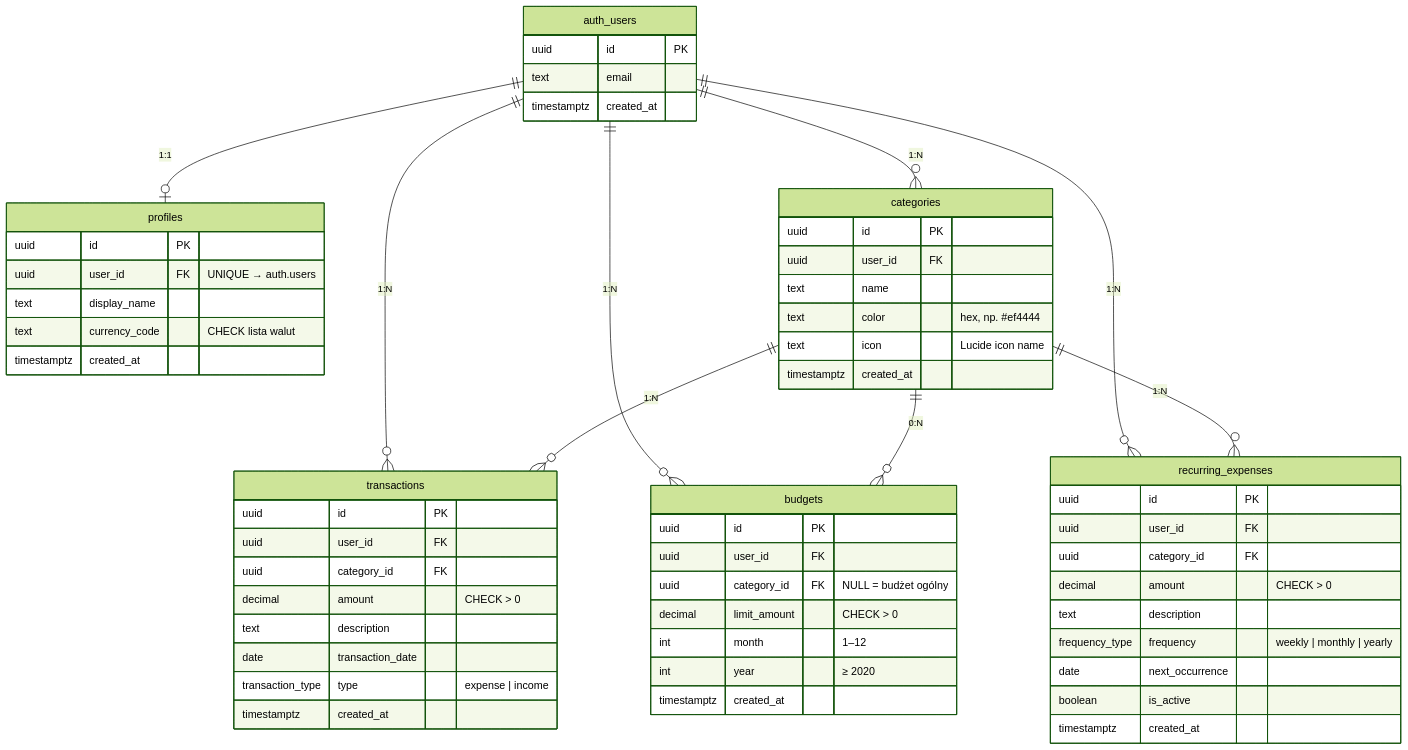
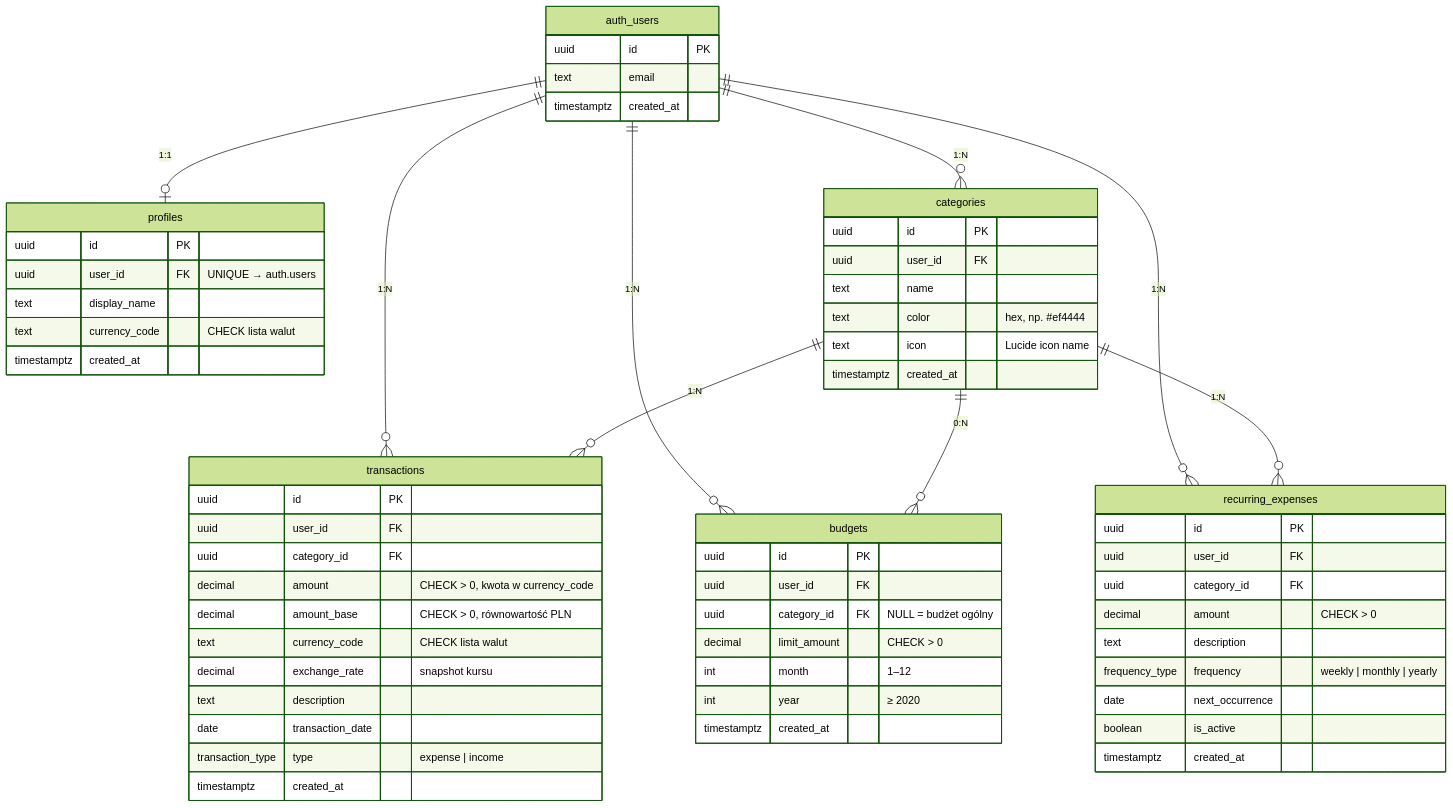
The diagram in docs/database-diagram.md (Scisly/budgetly), drawn with Mermaid (forest theme) before and after one commit. The commit also changed 24 other files, not shown here.

Commit message:
Store per-transaction currency with PLN base amount.

````diff
--- a/docs/database-diagram.md
+++ b/docs/database-diagram.md
@@ -7,68 +7,71 @@
 ```mermaid
 erDiagram
     auth_users ||--o| profiles : "1:1"
     auth_users ||--o{ categories : "1:N"
     auth_users ||--o{ transactions : "1:N"
     auth_users ||--o{ budgets : "1:N"
     auth_users ||--o{ recurring_expenses : "1:N"
 
     categories ||--o{ transactions : "1:N"
     categories ||--o{ budgets : "0:N"
     categories ||--o{ recurring_expenses : "1:N"
 
     auth_users {
         uuid id PK
         text email
         timestamptz created_at
     }
 
     profiles {
         uuid id PK
         uuid user_id FK "UNIQUE → auth.users"
         text display_name
         text currency_code "CHECK lista walut"
         timestamptz created_at
     }
 
     categories {
         uuid id PK
         uuid user_id FK
         text name
         text color "hex, np. #ef4444"
         text icon "Lucide icon name"
         timestamptz created_at
     }
 
     transactions {
         uuid id PK
         uuid user_id FK
         uuid category_id FK
-        decimal amount "CHECK > 0"
+        decimal amount "CHECK > 0, kwota w currency_code"
+        decimal amount_base "CHECK > 0, równowartość PLN"
+        text currency_code "CHECK lista walut"
+        decimal exchange_rate "snapshot kursu"
         text description
         date transaction_date
         transaction_type type "expense | income"
         timestamptz created_at
     }
 
     budgets {
         uuid id PK
         uuid user_id FK
         uuid category_id FK "NULL = budżet ogólny"
         decimal limit_amount "CHECK > 0"
         int month "1–12"
         int year "≥ 2020"
         timestamptz created_at
     }
 
     recurring_expenses {
         uuid id PK
         uuid user_id FK
         uuid category_id FK
         decimal amount "CHECK > 0"
         text description
         frequency_type frequency "weekly | monthly | yearly"
         date next_occurrence
         boolean is_active
         timestamptz created_at
     }
 ```
````
